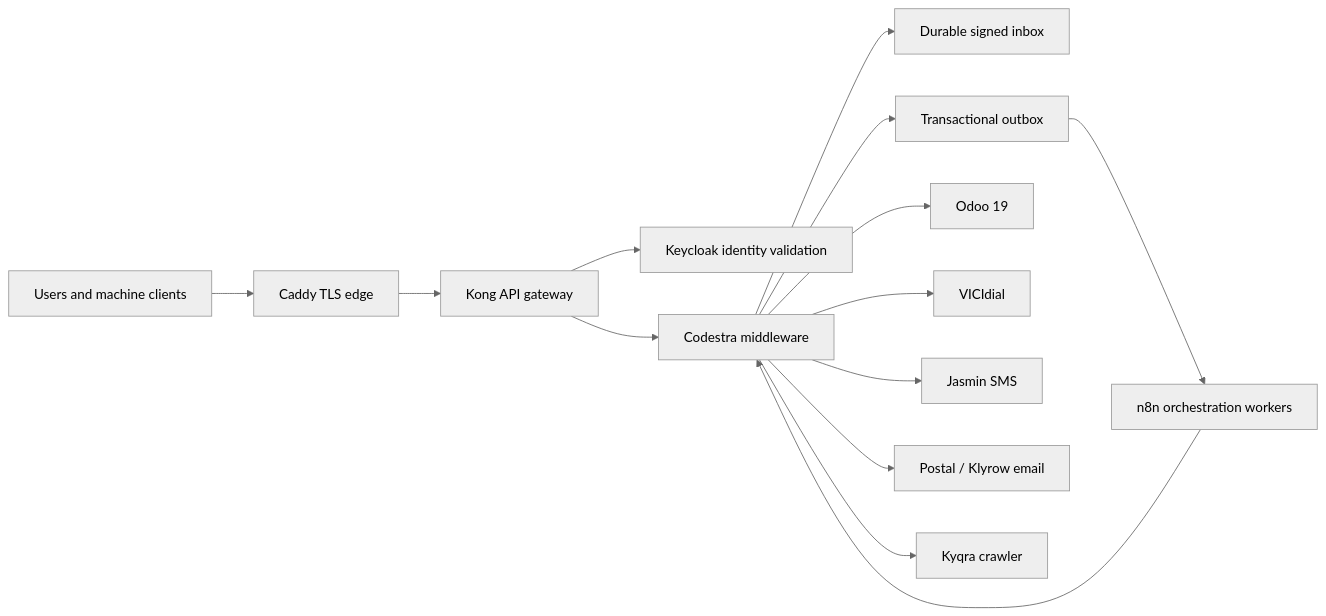
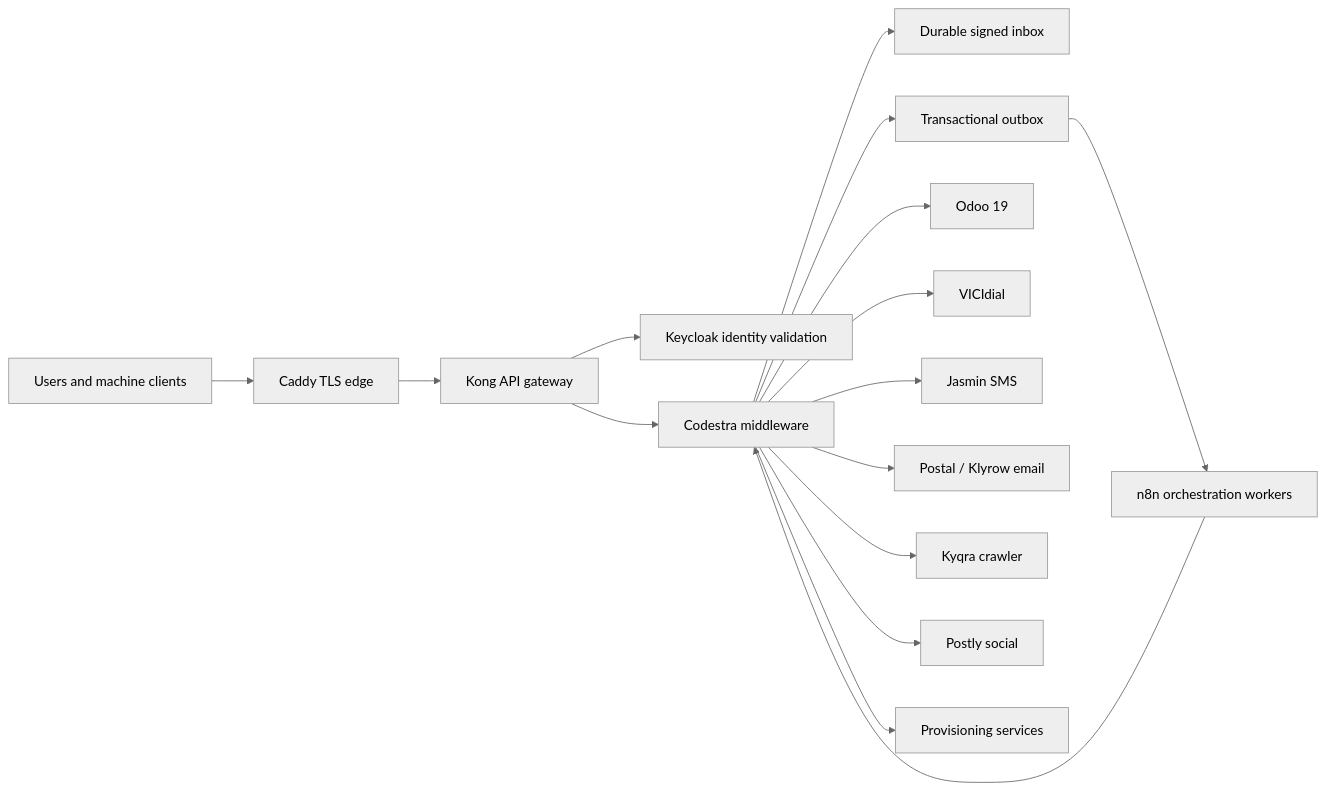
One commit to appolon1908-hue/N8N changed the diagram in docs/architecture.md. Above: the diagram before and after it, drawn with Mermaid (neutral theme). The commit also changed other lines of this file and 3 other files, not shown here.

Commit message:
Reconcile Stage 4 diagrams and branch map

````diff
--- a/docs/architecture.md
+++ b/docs/architecture.md
@@ -5,16 +5,18 @@
 ```mermaid
 flowchart LR
     Client[Users and machine clients] --> Caddy[Caddy TLS edge]
     Caddy --> Kong[Kong API gateway]
     Kong --> Keycloak[Keycloak identity validation]
     Kong --> Middleware[Codestra middleware]
     Middleware --> Inbox[Durable signed inbox]
     Middleware --> Outbox[Transactional outbox]
     Outbox --> N8N[n8n orchestration workers]
     N8N --> Middleware
     Middleware --> Odoo[Odoo 19]
     Middleware --> VICIdial[VICIdial]
     Middleware --> Jasmin[Jasmin SMS]
     Middleware --> Postal[Postal / Klyrow email]
     Middleware --> Kyqra[Kyqra crawler]
+    Middleware --> Postly[Postly social]
+    Middleware --> Provisioning[Provisioning services]
 ```
````
